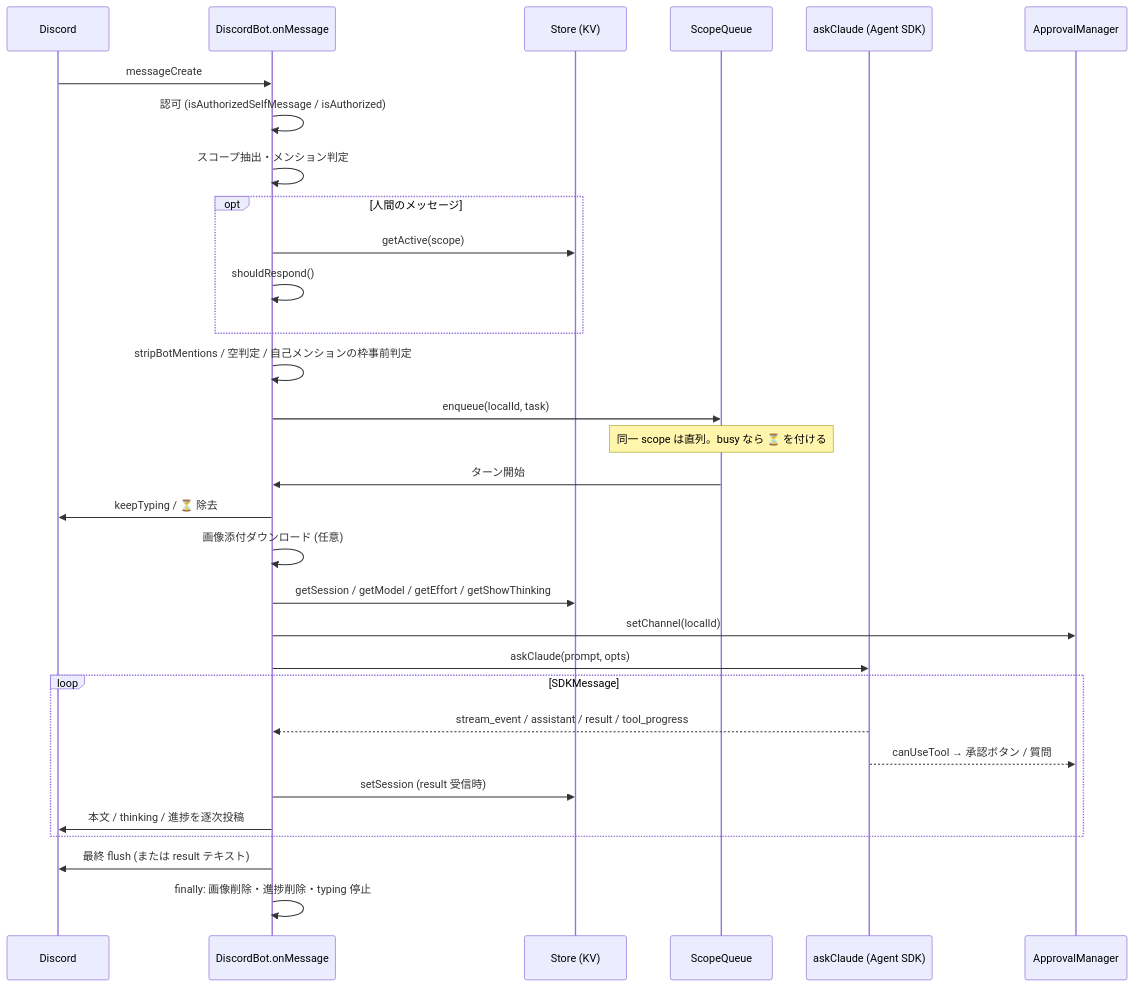
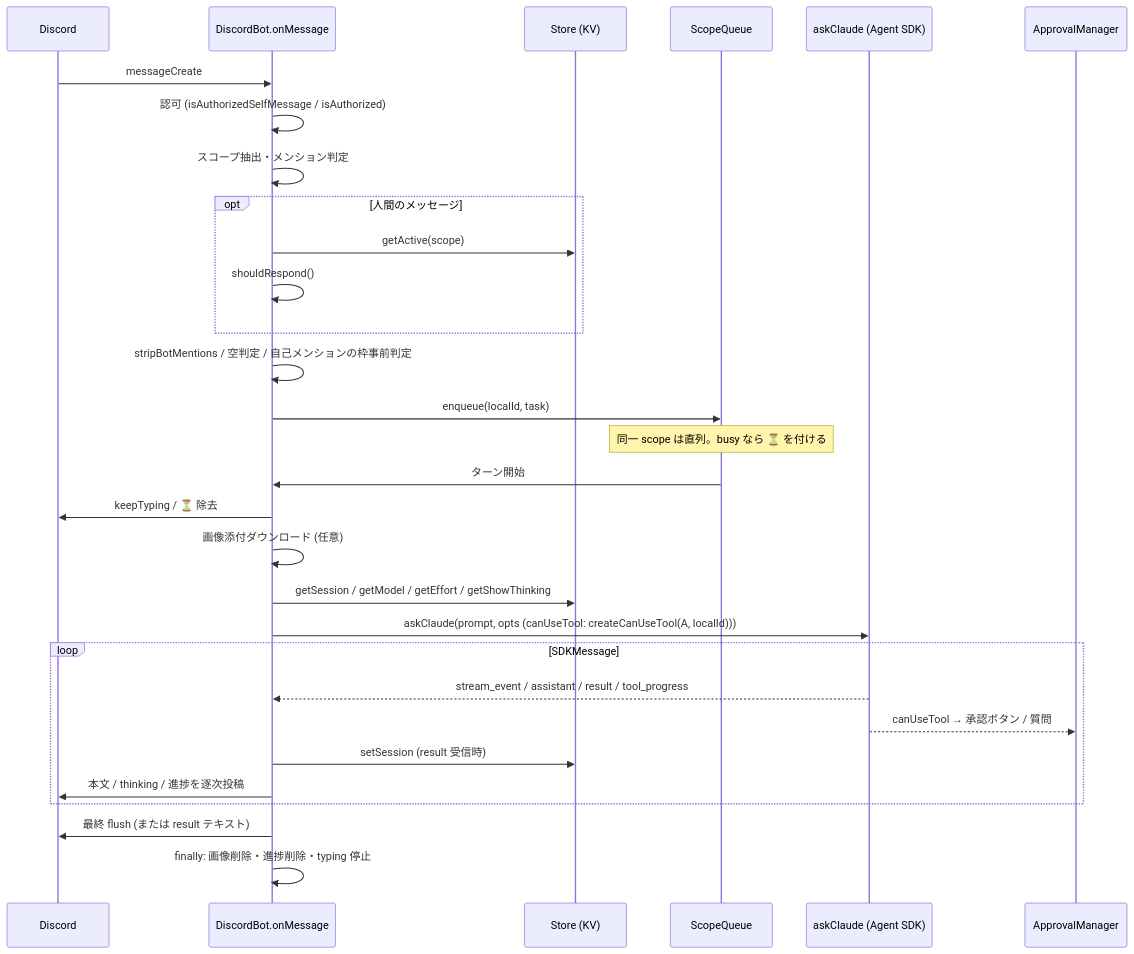
One commit to ansanloms/loms-claw changed the diagram in docs/architecture/message-flow.md. Above: the diagram before and after it, drawn with Mermaid. The commit also changed other lines of this file and 11 other files, not shown here.

````diff
--- a/docs/architecture/message-flow.md
+++ b/docs/architecture/message-flow.md
@@ -11,34 +11,33 @@
 ```mermaid
 sequenceDiagram
     participant D as Discord
     participant B as DiscordBot.onMessage
     participant S as Store (KV)
     participant Q as ScopeQueue
     participant C as askClaude (Agent SDK)
     participant A as ApprovalManager
 
     D->>B: messageCreate
     B->>B: 認可 (isAuthorizedSelfMessage / isAuthorized)
     B->>B: スコープ抽出・メンション判定
     opt 人間のメッセージ
         B->>S: getActive(scope)
         B->>B: shouldRespond()
     end
     B->>B: stripBotMentions / 空判定 / 自己メンションの枠事前判定
     B->>Q: enqueue(localId, task)
     Note over Q: 同一 scope は直列。busy なら ⏳ を付ける
     Q->>B: ターン開始
     B->>D: keepTyping / ⏳ 除去
     B->>B: 画像添付ダウンロード (任意)
     B->>S: getSession / getModel / getEffort / getShowThinking
-    B->>A: setChannel(localId)
-    B->>C: askClaude(prompt, opts)
+    B->>C: askClaude(prompt, opts (canUseTool: createCanUseTool(A, localId)))
     loop SDKMessage
         C-->>B: stream_event / assistant / result / tool_progress
         C-->>A: canUseTool → 承認ボタン / 質問
         B->>S: setSession (result 受信時)
         B->>D: 本文 / thinking / 進捗を逐次投稿
     end
     B->>D: 最終 flush (または result テキスト)
     B->>B: finally: 画像削除・進捗削除・typing 停止
 ```
````
